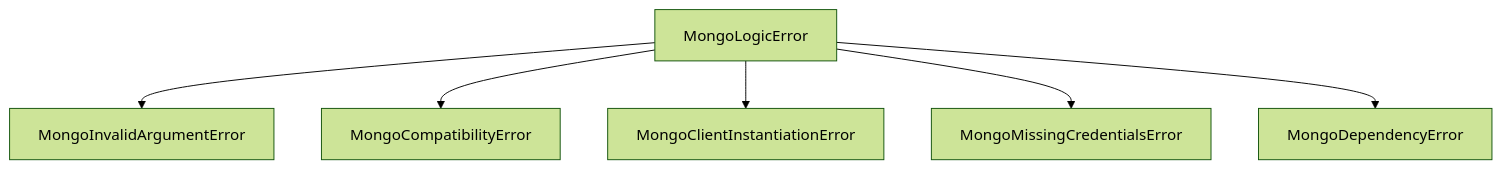
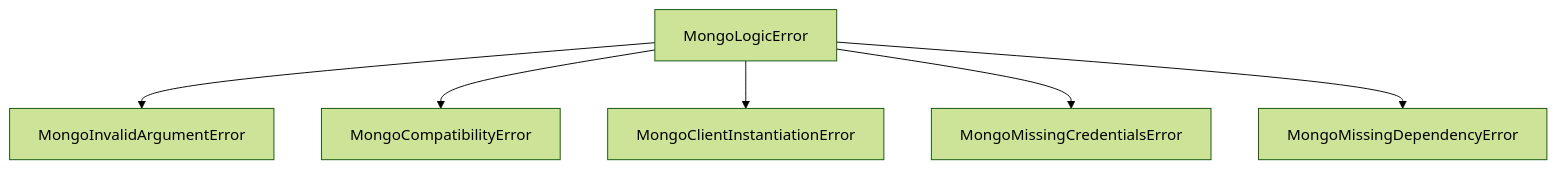
The diagram in docs/charts/mermaid/MongoLogicError.mmd (mongodb/node-mongodb-native), drawn with Mermaid (forest theme) before and after one commit. The commit also changed 4 other files, not shown here.

Commit message:
fix: revise charts

```diff
--- a/docs/charts/mermaid/MongoLogicError.mmd
+++ b/docs/charts/mermaid/MongoLogicError.mmd
@@ -1,6 +1,6 @@
 graph TD
     MongoLogicError --> MongoInvalidArgumentError
     MongoLogicError --> MongoCompatibilityError
     MongoLogicError --> MongoClientInstantiationError
     MongoLogicError --> MongoMissingCredentialsError
-    MongoLogicError --> MongoDependencyError
+    MongoLogicError --> MongoMissingDependencyError
```
